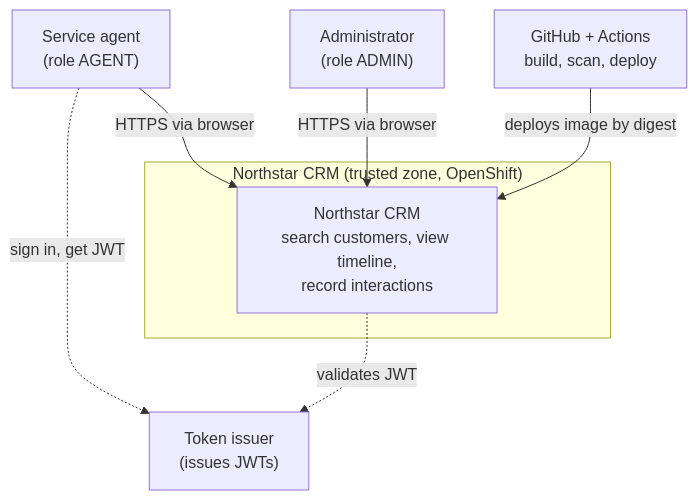
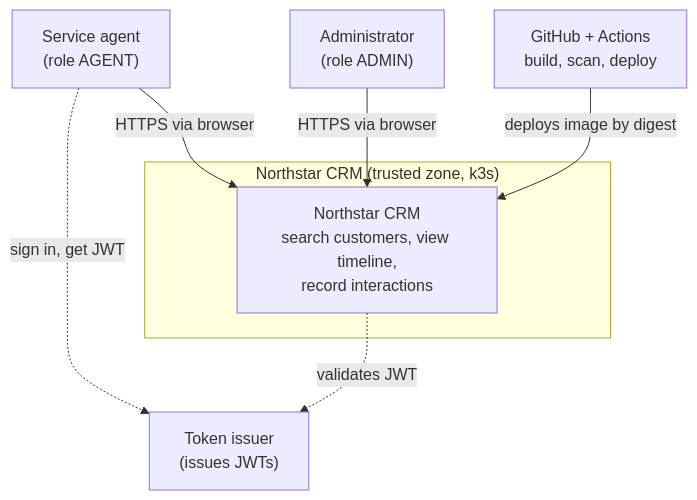
Before and after one commit to toobatux-org/capstone-crm: the diagram in docs/architecture/context.md, drawn with Mermaid. The commit also changed other lines of this file and 12 other files, not shown here.

First line of the commit message:
Update documentation and infrastructure references from OpenShift to k3s

````diff
--- a/docs/architecture/context.md
+++ b/docs/architecture/context.md
@@ -6,15 +6,15 @@
 ```mermaid
 flowchart TB
   agent["Service agent<br/>(role AGENT)"]
   admin["Administrator<br/>(role ADMIN)"]
-  subgraph trust["Northstar CRM (trusted zone, OpenShift)"]
+  subgraph trust["Northstar CRM (trusted zone, k3s)"]
     crm["Northstar CRM<br/>search customers, view timeline,<br/>record interactions"]
   end
   idp["Token issuer<br/>(issues JWTs)"]
   gh["GitHub + Actions<br/>build, scan, deploy"]
   agent -->|"HTTPS via browser"| crm
   admin -->|"HTTPS via browser"| crm
   agent -.->|"sign in, get JWT"| idp
   crm -.->|"validates JWT"| idp
   gh -->|"deploys image by digest"| crm
 ```
````
